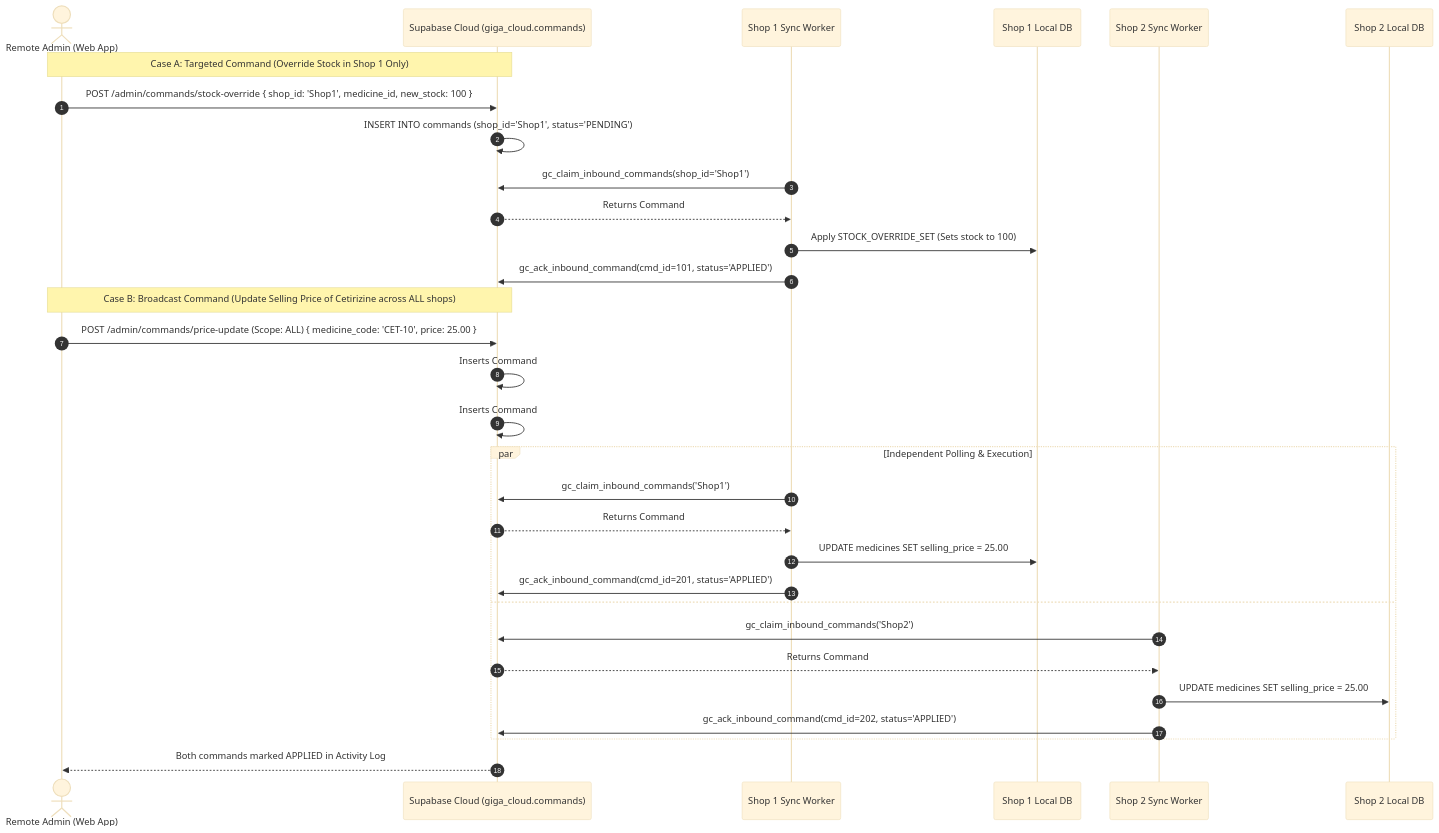
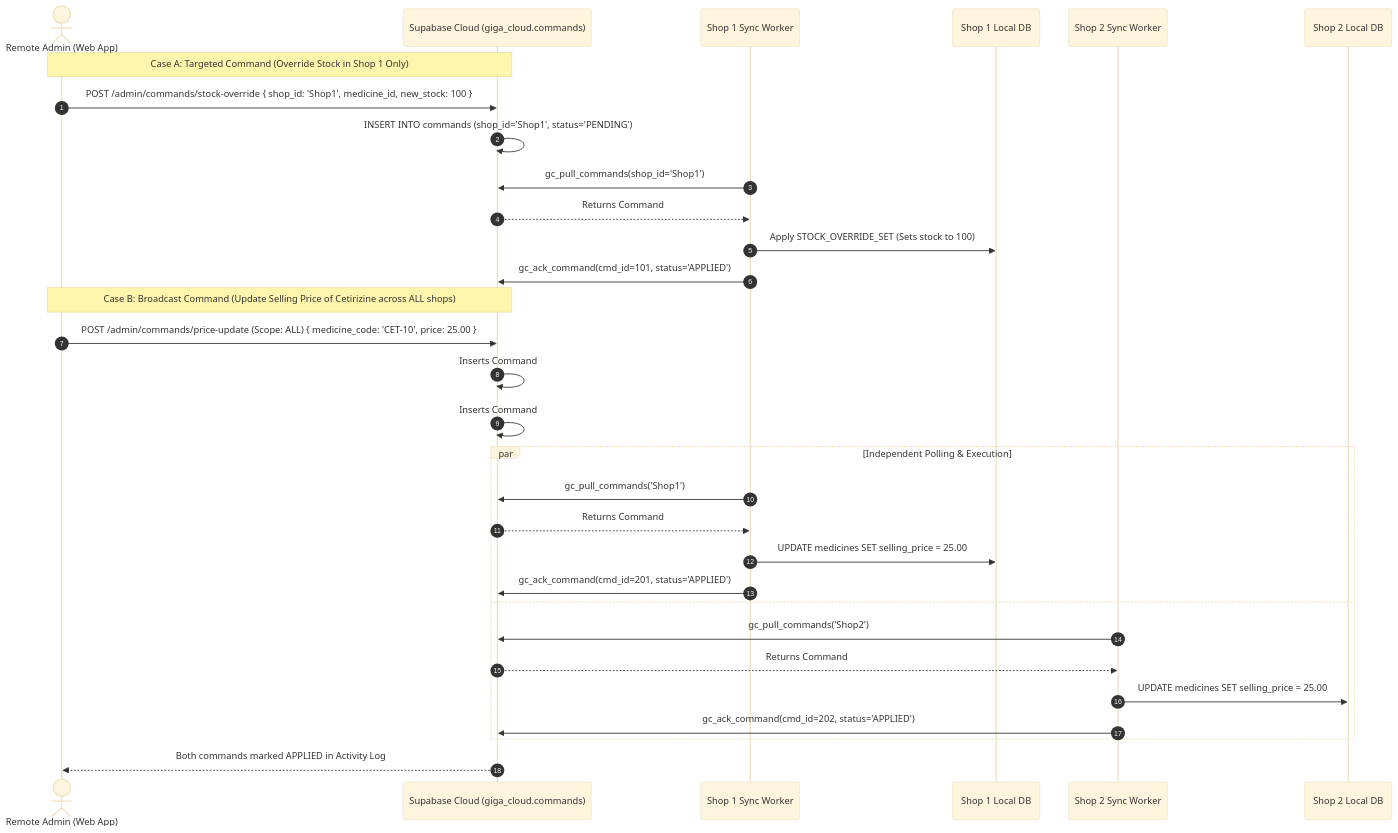
The fifth of 10 diagrams in docs/SRS_LOCAL_SERVER.md (Aimtech7/giga_chemist-hybrid), drawn with Mermaid (base theme) before and after one commit. The commit also changed other lines of this file, not shown here.

Commit message:
docs(srs): add cloud connection protocols, command lifecycle, and complete installation guide to local-server SRS

````diff
--- a/docs/SRS_LOCAL_SERVER.md
+++ b/docs/SRS_LOCAL_SERVER.md
@@ -407,36 +460,36 @@
 ```mermaid
 sequenceDiagram
     autonumber
     actor Owner as Remote Admin (Web App)
     participant Cloud as Supabase Cloud (giga_cloud.commands)
     participant S1_Worker as Shop 1 Sync Worker
     participant S1_DB as Shop 1 Local DB
     participant S2_Worker as Shop 2 Sync Worker
     participant S2_DB as Shop 2 Local DB
 
     Note over Owner,Cloud: Case A: Targeted Command (Override Stock in Shop 1 Only)
     Owner->>Cloud: POST /admin/commands/stock-override { shop_id: 'Shop1', medicine_id, new_stock: 100 }
     Cloud->>Cloud: INSERT INTO commands (shop_id='Shop1', status='PENDING')
-    S1_Worker->>Cloud: gc_claim_inbound_commands(shop_id='Shop1')
+    S1_Worker->>Cloud: gc_pull_commands(shop_id='Shop1')
     Cloud-->>S1_Worker: Returns Command #101
     S1_Worker->>S1_DB: Apply STOCK_OVERRIDE_SET (Sets stock to 100)
-    S1_Worker->>Cloud: gc_ack_inbound_command(cmd_id=101, status='APPLIED')
+    S1_Worker->>Cloud: gc_ack_command(cmd_id=101, status='APPLIED')
 
     Note over Owner,Cloud: Case B: Broadcast Command (Update Selling Price of Cetirizine across ALL shops)
     Owner->>Cloud: POST /admin/commands/price-update (Scope: ALL) { medicine_code: 'CET-10', price: 25.00 }
     Cloud->>Cloud: Inserts Command #201 for Shop 1 (PENDING)
     Cloud->>Cloud: Inserts Command #202 for Shop 2 (PENDING)
 
     par Independent Polling & Execution
-        S1_Worker->>Cloud: gc_claim_inbound_commands('Shop1')
+        S1_Worker->>Cloud: gc_pull_commands('Shop1')
         Cloud-->>S1_Worker: Returns Command #201
         S1_Worker->>S1_DB: UPDATE medicines SET selling_price = 25.00
-        S1_Worker->>Cloud: gc_ack_inbound_command(cmd_id=201, status='APPLIED')
+        S1_Worker->>Cloud: gc_ack_command(cmd_id=201, status='APPLIED')
     and
-        S2_Worker->>Cloud: gc_claim_inbound_commands('Shop2')
+        S2_Worker->>Cloud: gc_pull_commands('Shop2')
         Cloud-->>S2_Worker: Returns Command #202
         S2_Worker->>S2_DB: UPDATE medicines SET selling_price = 25.00
-        S2_Worker->>Cloud: gc_ack_inbound_command(cmd_id=202, status='APPLIED')
+        S2_Worker->>Cloud: gc_ack_command(cmd_id=202, status='APPLIED')
     end
     Cloud-->>Owner: Both commands marked APPLIED in Activity Log
 ```
````
